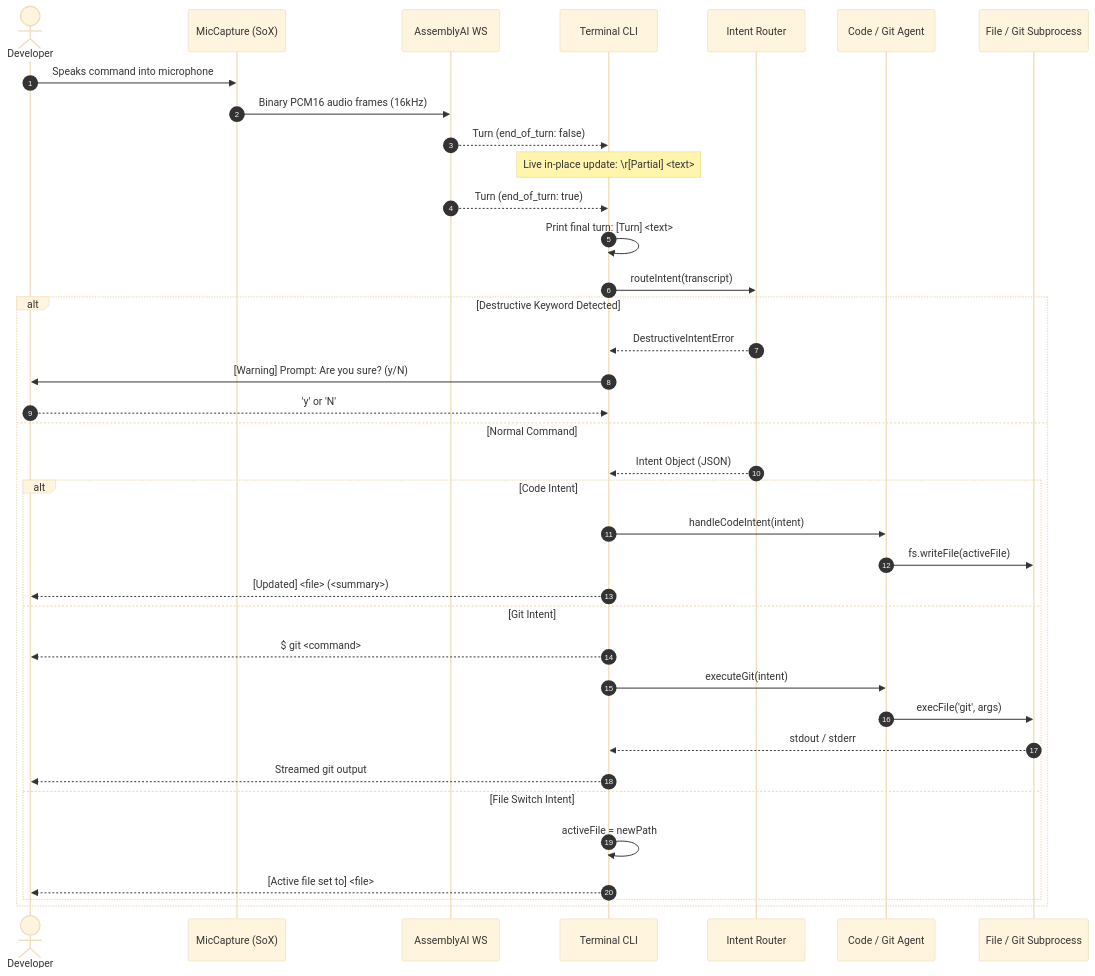
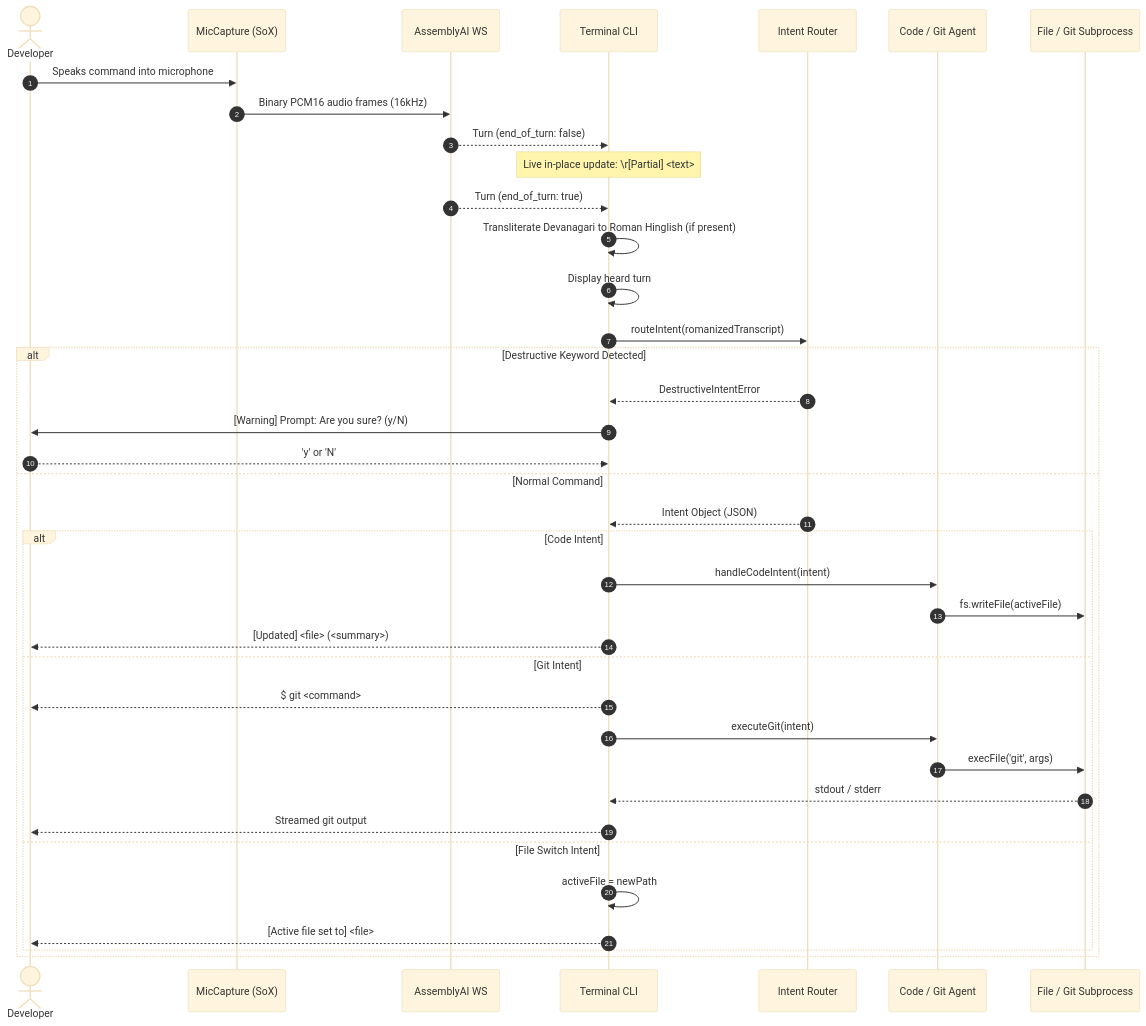
The sixth of 6 diagrams in docs/architecture.md (rupamghosh2006/CodeVoice), drawn with Mermaid (base theme) before and after one commit. The commit also changed other lines of this file and 20 other files, not shown here.

First line of the commit message:
feat: add Devanagari transliteration engine, branch deletion intent, and update docs

````diff
--- a/docs/architecture.md
+++ b/docs/architecture.md
@@ -227,41 +230,42 @@
 ```mermaid
 sequenceDiagram
     autonumber
     actor User as Developer
     participant Mic as MicCapture (SoX)
     participant AAI as AssemblyAI WS
     participant CLI as Terminal CLI
     participant Router as Intent Router
     participant Agent as Code / Git Agent
     participant Disk as File / Git Subprocess
 
     User->>Mic: Speaks command into microphone
     Mic->>AAI: Binary PCM16 audio frames (16kHz)
     AAI-->>CLI: Turn (end_of_turn: false)
     Note over CLI: Live in-place update: \r[Partial] <text>
     AAI-->>CLI: Turn (end_of_turn: true)
-    CLI->>CLI: Print final turn: [Turn] <text>
-    CLI->>Router: routeIntent(transcript)
+    CLI->>CLI: Transliterate Devanagari to Roman Hinglish (if present)
+    CLI->>CLI: Display heard turn
+    CLI->>Router: routeIntent(romanizedTranscript)
     
     alt Destructive Keyword Detected
         Router-->>CLI: DestructiveIntentError
         CLI->>User: [Warning] Prompt: Are you sure? (y/N)
         User-->>CLI: 'y' or 'N'
     else Normal Command
         Router-->>CLI: Intent Object (JSON)
         alt Code Intent
             CLI->>Agent: handleCodeIntent(intent)
             Agent->>Disk: fs.writeFile(activeFile)
             CLI-->>User: [Updated] <file> (<summary>)
         else Git Intent
             CLI-->>User: $ git <command>
             CLI->>Agent: executeGit(intent)
             Agent->>Disk: execFile('git', args)
             Disk-->>CLI: stdout / stderr
             CLI-->>User: Streamed git output
         else File Switch Intent
             CLI->>CLI: activeFile = newPath
             CLI-->>User: [Active file set to] <file>
         end
     end
 ```
````
